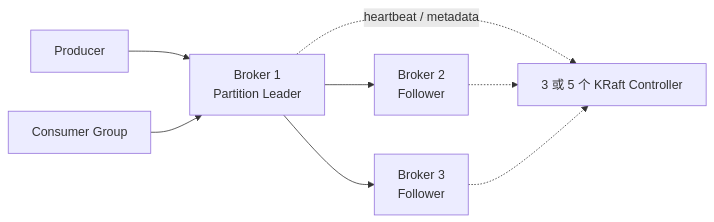
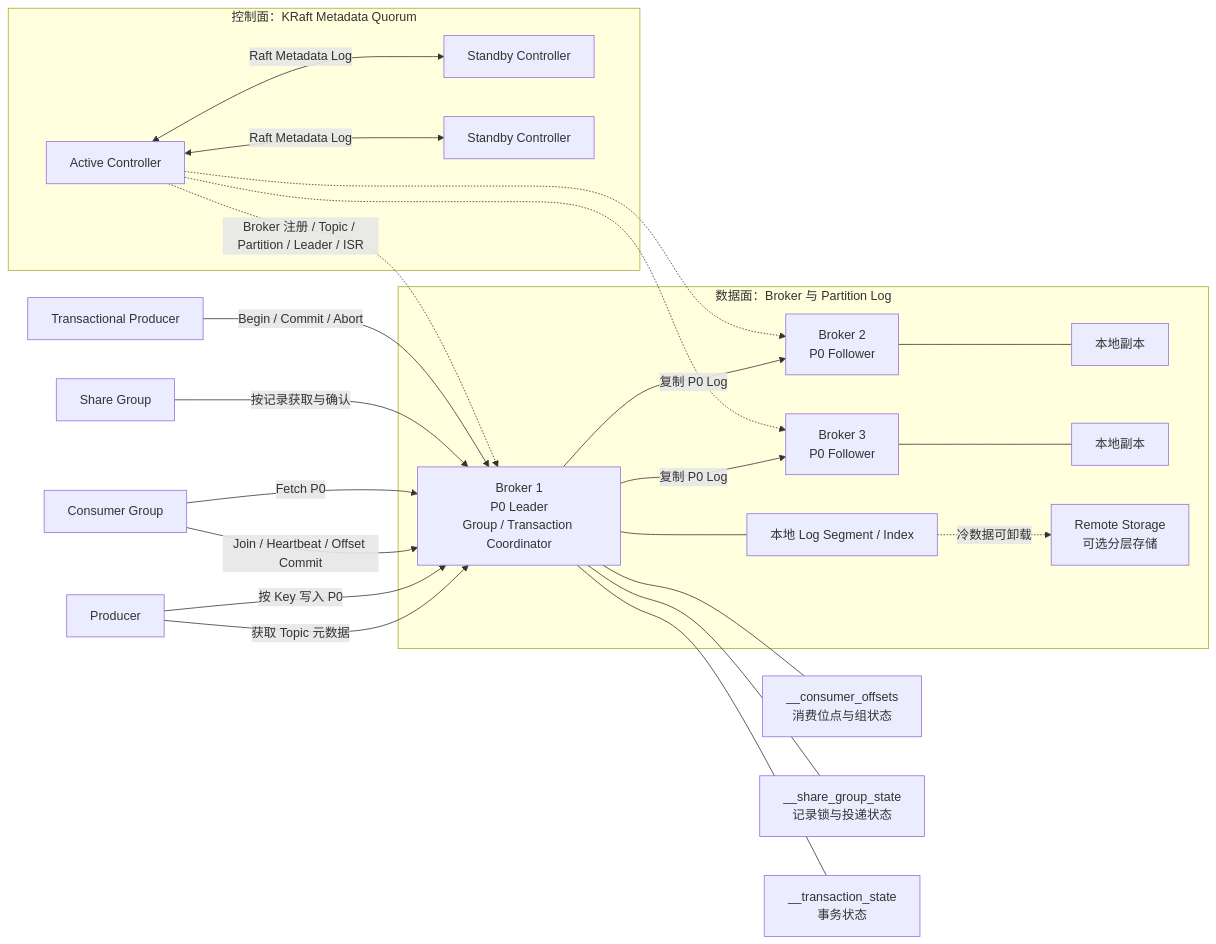
The first of 3 diagrams in posts/microservices/queue/002_kafka.md (hotttao/backup), drawn with Mermaid before and after one commit. The commit also changed other lines of this file and 10 other files, not shown here.

````diff
--- a/posts/microservices/queue/002_kafka.md
+++ b/posts/microservices/queue/002_kafka.md
@@ -27,10 +56,36 @@
 ```mermaid
 flowchart LR
-    P[Producer] --> B1[Broker 1\nPartition Leader]
-    C[Consumer Group] --> B1
-    B1 --> B2[Broker 2\nFollower]
-    B1 --> B3[Broker 3\nFollower]
-    B1 -. heartbeat / metadata .-> Q[3 或 5 个 KRaft Controller]
-    B2 -.-> Q
-    B3 -.-> Q
+    P[Producer] -->|获取 Topic 元数据| B1
+    P -->|按 Key 写入 P0| B1[Broker 1\nP0 Leader\nGroup / Transaction Coordinator]
+
+    subgraph D[数据面：Broker 与 Partition Log]
+        B1 -->|复制 P0 Log| B2[Broker 2\nP0 Follower]
+        B1 -->|复制 P0 Log| B3[Broker 3\nP0 Follower]
+        B1 --- L1[本地 Log Segment / Index]
+        B2 --- L2[本地副本]
+        B3 --- L3[本地副本]
+        L1 -. 冷数据可卸载 .-> RS[Remote Storage\n可选分层存储]
+    end
+
+    CG[Consumer Group] -->|Join / Heartbeat / Offset Commit| B1
+    CG -->|Fetch P0| B1
+    B1 --- O[__consumer_offsets\n消费位点与组状态]
+
+    SG[Share Group] -->|按记录获取与确认| B1
+    B1 --- SS[__share_group_state\n记录锁与投递状态]
+
+    TP[Transactional Producer] -->|Begin / Commit / Abort| B1
+    B1 --- TS[__transaction_state\n事务状态]
+
+    subgraph Q[控制面：KRaft Metadata Quorum]
+        Q1[Active Controller]
+        Q2[Standby Controller]
+        Q3[Standby Controller]
+        Q1 <-->|Raft Metadata Log| Q2
+        Q1 <-->|Raft Metadata Log| Q3
+    end
+
+    Q1 -. Broker 注册 / Topic / Partition / Leader / ISR .-> B1
+    Q1 -.-> B2
+    Q1 -.-> B3
 ```
````
